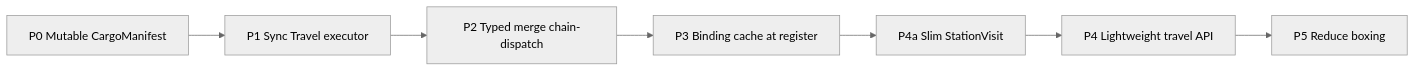
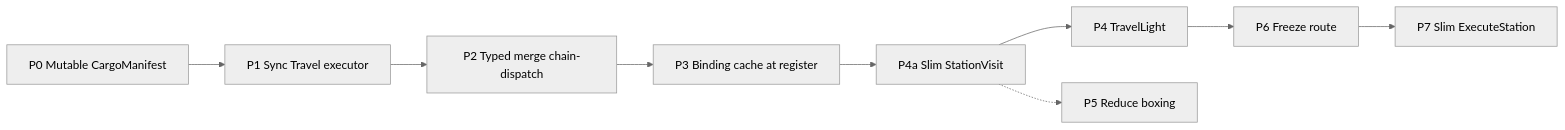
Before and after one commit to moragfullrest-cmyk/TrainOP: the second of 2 diagrams in docs/plan-performance.md, drawn with Mermaid (neutral theme). The commit also changed other lines of this file and 17 other files, not shown here.

Commit message:
Release 0.15.0: add TravelLight travel without visit journal.

````diff
--- a/docs/plan-performance.md
+++ b/docs/plan-performance.md
@@ -102,11 +101,14 @@
 ```mermaid
 flowchart LR
   P0[P0 Mutable CargoManifest]
   P1[P1 Sync Travel executor]
   P2[P2 Typed merge chain-dispatch]
   P3[P3 Binding cache at register]
   P4a[P4a Slim StationVisit]
-  P4[P4 Lightweight travel API]
+  P4[P4 TravelLight]
+  P6[P6 Freeze route]
+  P7[P7 Slim ExecuteStation]
   P5[P5 Reduce boxing]
-  P0 --> P1 --> P2 --> P3 --> P4a --> P4 --> P5
+  P0 --> P1 --> P2 --> P3 --> P4a --> P4 --> P6 --> P7
+  P4a -.-> P5
 ```
````
